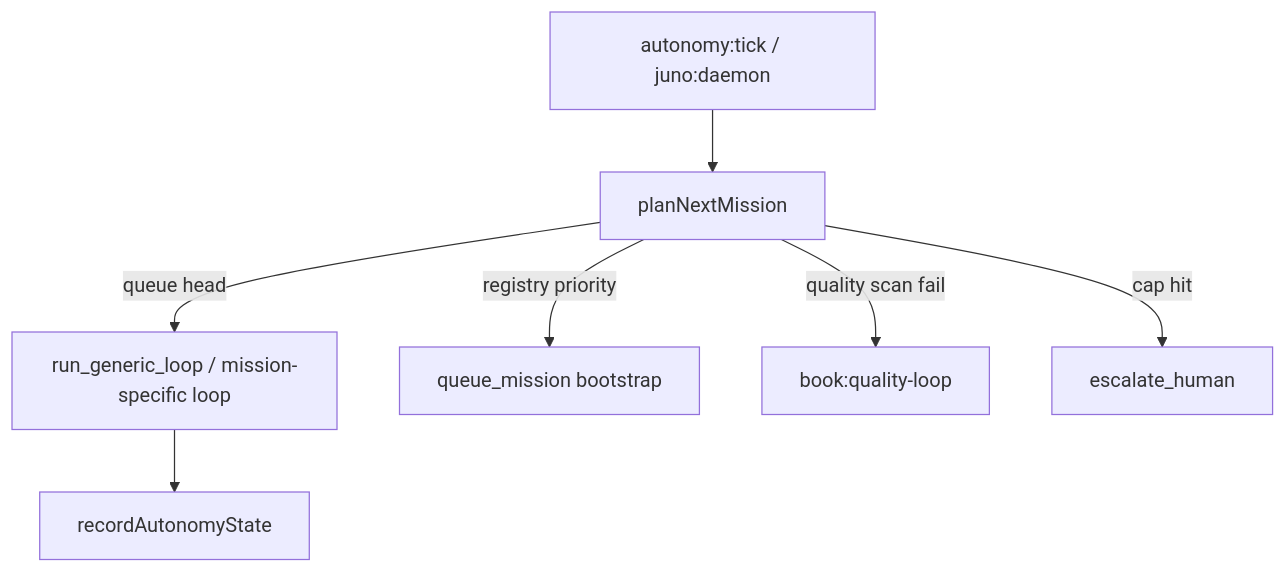
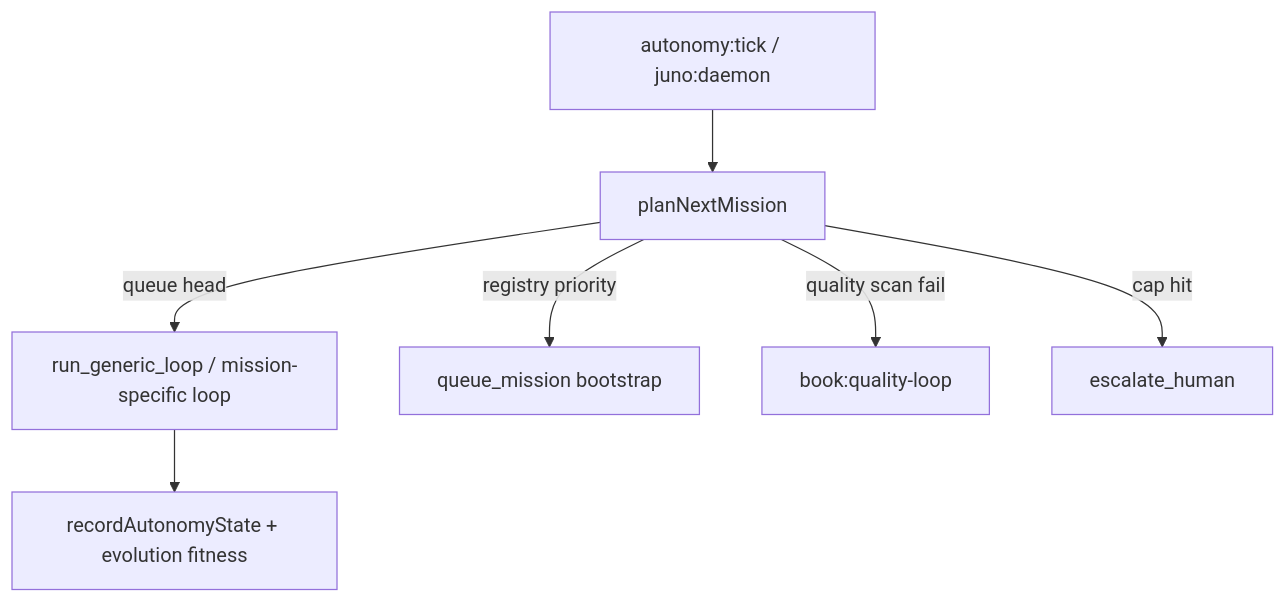
The diagram in wiki/juno-bounded-autonomy.md (FranklinNexus/Juno-Oversight), drawn with Mermaid before and after one commit. The commit also changed other lines of this file and 39 other files, not shown here.

````diff
--- a/wiki/juno-bounded-autonomy.md
+++ b/wiki/juno-bounded-autonomy.md
@@ -39,9 +40,9 @@
 ```mermaid
 flowchart TD
   T[autonomy:tick / juno:daemon] --> P[planNextMission]
   P -->|queue head| G[run_generic_loop / mission-specific loop]
   P -->|registry priority| Q[queue_mission bootstrap]
   P -->|quality scan fail| BQ[book:quality-loop]
   P -->|cap hit| E[escalate_human]
-  G --> REC[recordAutonomyState]
+  G --> REC[recordAutonomyState + evolution fitness]
 ```
````
